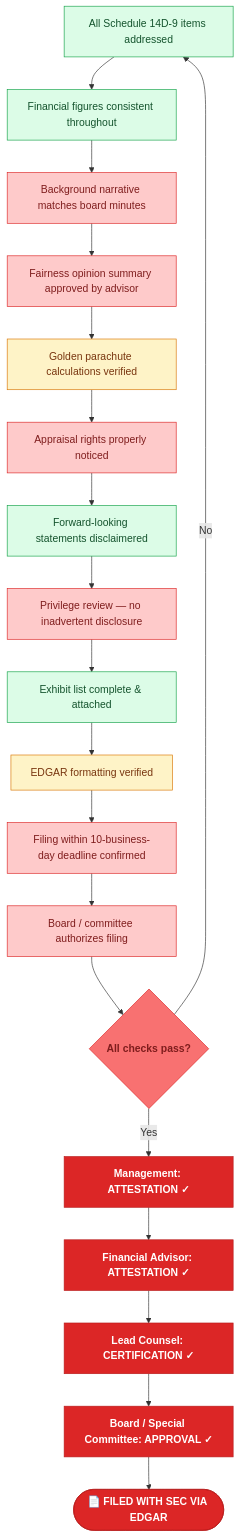
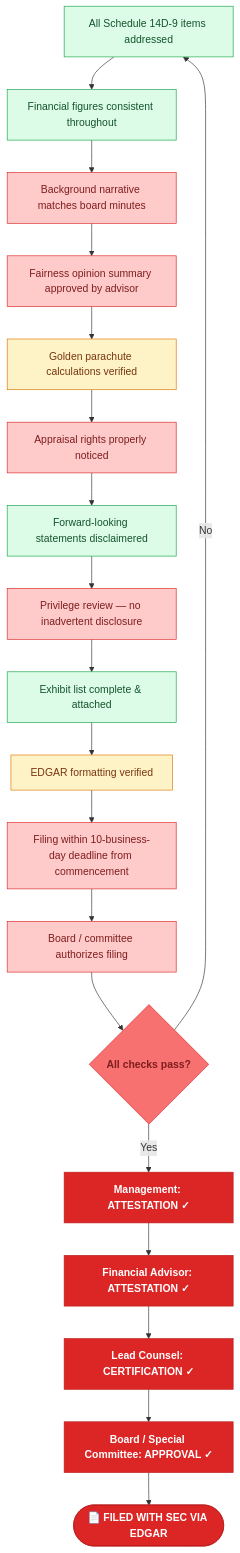
Diagram 14 of 14 in README.md (mrchanpark/14D-9), drawn with Mermaid before and after one commit. The commit also changed other lines of this file and 2 other files, not shown here.

````diff
--- a/README.md
+++ b/README.md
@@ -286,26 +304,26 @@
 ```mermaid
 flowchart TD
   Q1["All Schedule 14D-9 items addressed"]:::grn --> Q2["Financial figures consistent throughout"]:::grn
   Q2 --> Q3["Background narrative matches board minutes"]:::red
   Q3 --> Q4["Fairness opinion summary approved by advisor"]:::red
   Q4 --> Q5["Golden parachute calculations verified"]:::yel
   Q5 --> Q6["Appraisal rights properly noticed"]:::red
   Q6 --> Q7["Forward-looking statements disclaimered"]:::grn
   Q7 --> Q8["Privilege review — no inadvertent disclosure"]:::red
   Q8 --> Q9["Exhibit list complete & attached"]:::grn
   Q9 --> Q10["EDGAR formatting verified"]:::yel
-  Q10 --> Q11["Filing within 10-business-day deadline confirmed"]:::red
+  Q10 --> Q11["Filing within 10-business-day deadline from commencement"]:::red
   Q11 --> Q12["Board / committee authorizes filing"]:::red
   Q12 --> QP{"All checks pass?"}:::redD
   QP -- No --> Q1
   QP -- Yes --> S1x["Management: ATTESTATION ✓"]:::redM
   S1x --> S2x["Financial Advisor: ATTESTATION ✓"]:::redM
   S2x --> S3x["Lead Counsel: CERTIFICATION ✓"]:::redM
   S3x --> S4x["Board / Special Committee: APPROVAL ✓"]:::redM
   S4x --> DONE(["📄 FILED WITH SEC VIA EDGAR"]):::redM
   classDef red fill:#fecaca,stroke:#dc2626,color:#7f1d1d
   classDef redD fill:#f87171,stroke:#dc2626,color:#7f1d1d,font-weight:700
   classDef redM fill:#dc2626,stroke:#b91c1c,color:#fff,font-weight:700
   classDef yel fill:#fef3c7,stroke:#d97706,color:#78350f
   classDef grn fill:#dcfce7,stroke:#16a34a,color:#14532d
 ```
````
